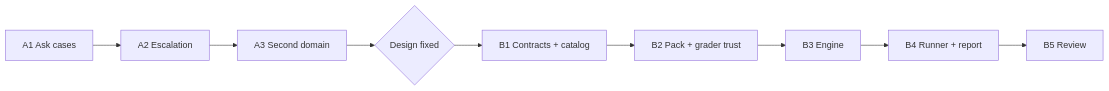
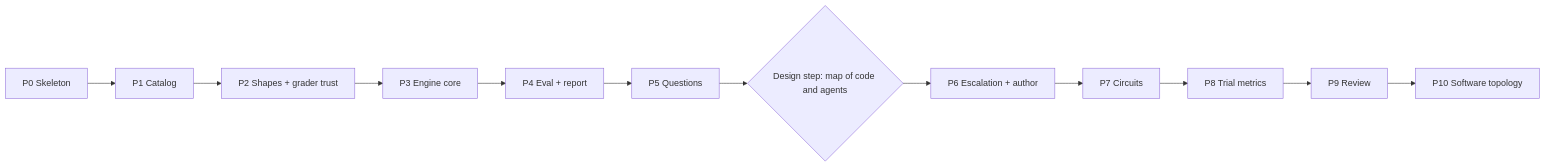
One commit to MgCohen/playground changed the diagram in pattern-engine/docs/design/plan.md. Above: the diagram before and after it, drawn with Mermaid. The commit also changed other lines of this file and 114 other files, not shown here.

````diff
--- a/pattern-engine/docs/design/plan.md
+++ b/pattern-engine/docs/design/plan.md
@@ -7,11 +7,14 @@
 ```mermaid
 flowchart LR
-    A1[A1 Ask cases] --> A2[A2 Escalation]
-    A2 --> A3[A3 Second domain]
-    A3 --> D{Design fixed}
-    D --> B1[B1 Contracts + catalog]
-    B1 --> B2[B2 Pack + grader trust]
-    B2 --> B3[B3 Engine]
-    B3 --> B4[B4 Runner + report]
-    B4 --> B5[B5 Review]
+    P0[P0 Skeleton] --> P1[P1 Catalog]
+    P1 --> P2[P2 Shapes + grader trust]
+    P2 --> P3[P3 Engine core]
+    P3 --> P4[P4 Eval + report]
+    P4 --> P5[P5 Questions]
+    P5 --> D{Design step: map of code and agents}
+    D --> P6[P6 Escalation + author]
+    P6 --> P7[P7 Circuits]
+    P7 --> P8[P8 Trial metrics]
+    P8 --> P9[P9 Review]
+    P9 --> P10[P10 Software topology]
 ```
````
